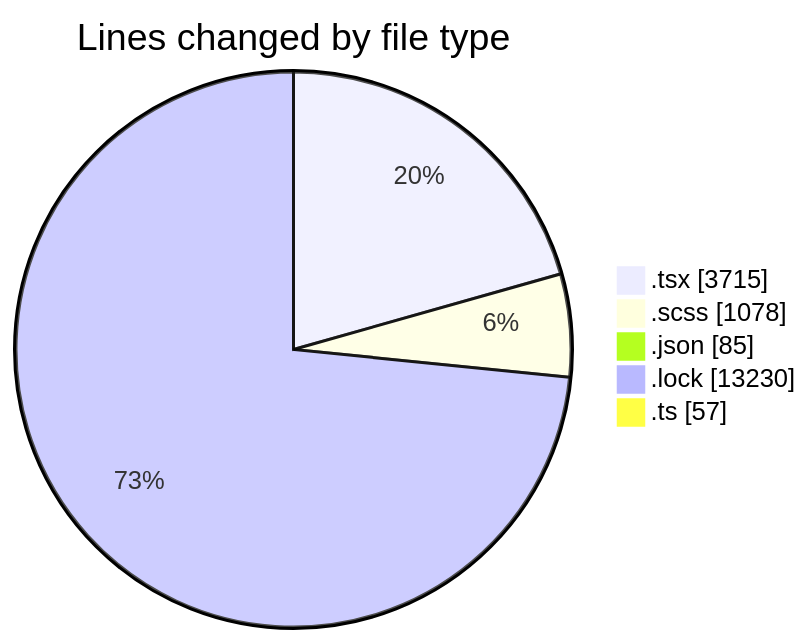
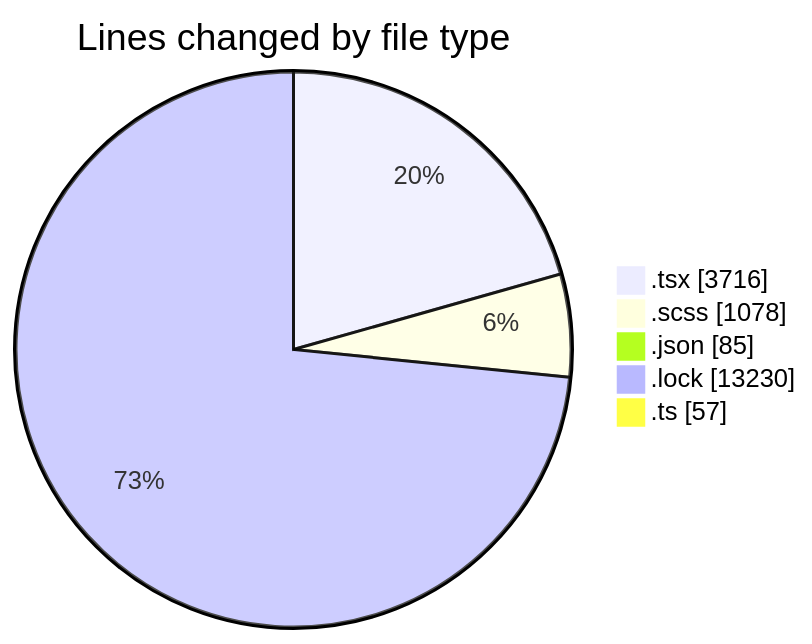
The first of 2 diagrams in 2025-10-03/cda/README.md (momahboobian/code-tracking), drawn with Mermaid before and after one commit. The commit also changed other lines of this file and 1 other file, not shown here.

````diff
--- a/2025-10-03/cda/README.md
+++ b/2025-10-03/cda/README.md
@@ -30,9 +30,9 @@
 ```mermaid
 pie showData
 title Lines changed by file type
-".tsx" : 3715
+".tsx" : 3716
 ".scss" : 1078
 ".json" : 85
 ".lock" : 13230
 ".ts" : 57
 ```
````
